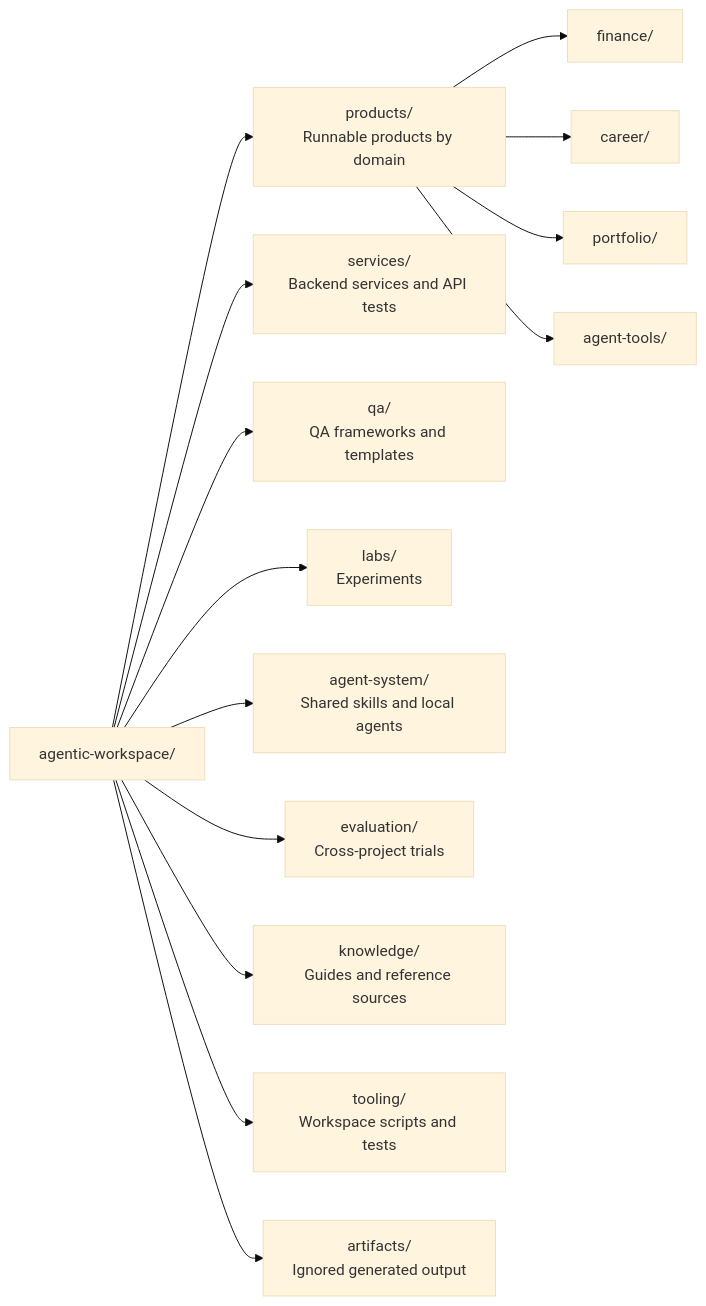
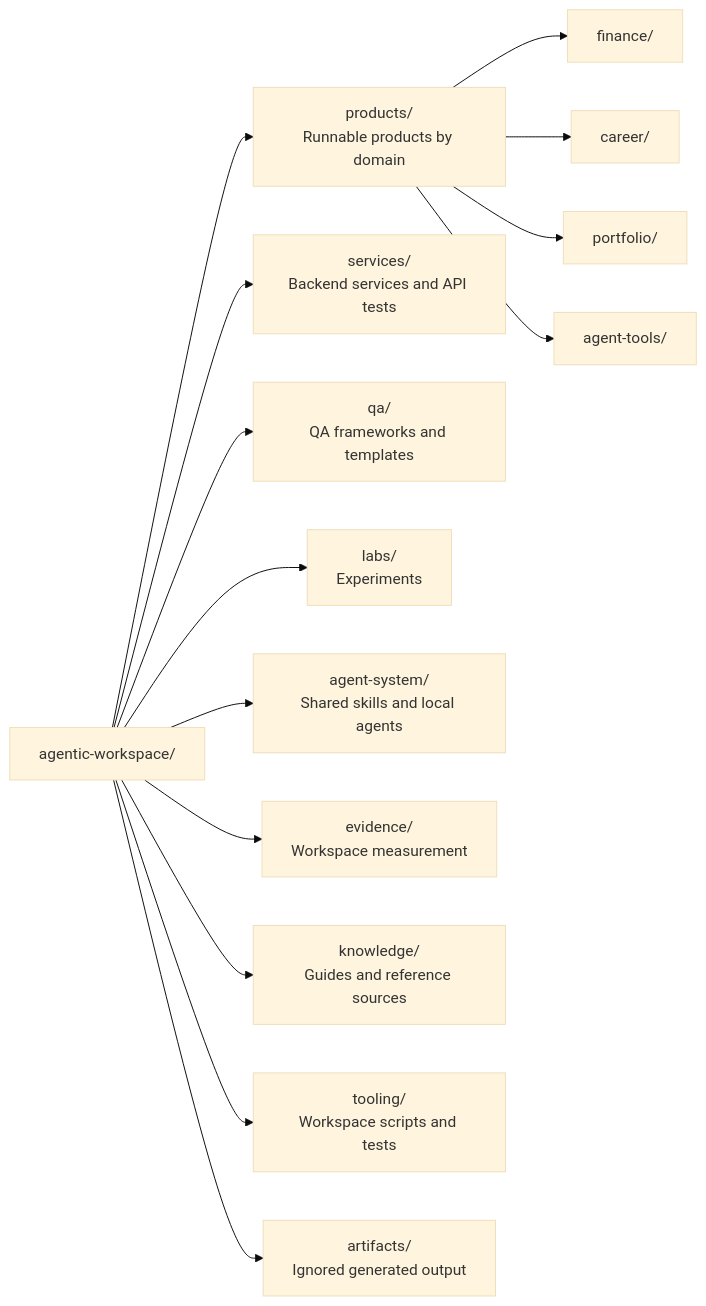
The first of 2 diagrams in knowledge/docs/workspace-map.md (balajiregt/agentic-workspace), drawn with Mermaid (base theme) before and after one commit. The commit also changed other lines of this file and 27 other files, not shown here.

First line of the commit message:
Create evidence home from evaluation and context report

````diff
--- a/knowledge/docs/workspace-map.md
+++ b/knowledge/docs/workspace-map.md
@@ -13,16 +13,16 @@
 ```mermaid
 flowchart LR
   W["agentic-workspace/"] --> PR["products/<br/>Runnable products by domain"]
   PR --> F["finance/"]
   PR --> CA["career/"]
   PR --> PO["portfolio/"]
   PR --> AT["agent-tools/"]
   W --> S["services/<br/>Backend services and API tests"]
   W --> Q["qa/<br/>QA frameworks and templates"]
   W --> L["labs/<br/>Experiments"]
   W --> A["agent-system/<br/>Shared skills and local agents"]
-  W --> E["evaluation/<br/>Cross-project trials"]
+  W --> E["evidence/<br/>Workspace measurement"]
   W --> K["knowledge/<br/>Guides and reference sources"]
   W --> T["tooling/<br/>Workspace scripts and tests"]
   W --> O["artifacts/<br/>Ignored generated output"]
 ```
````
